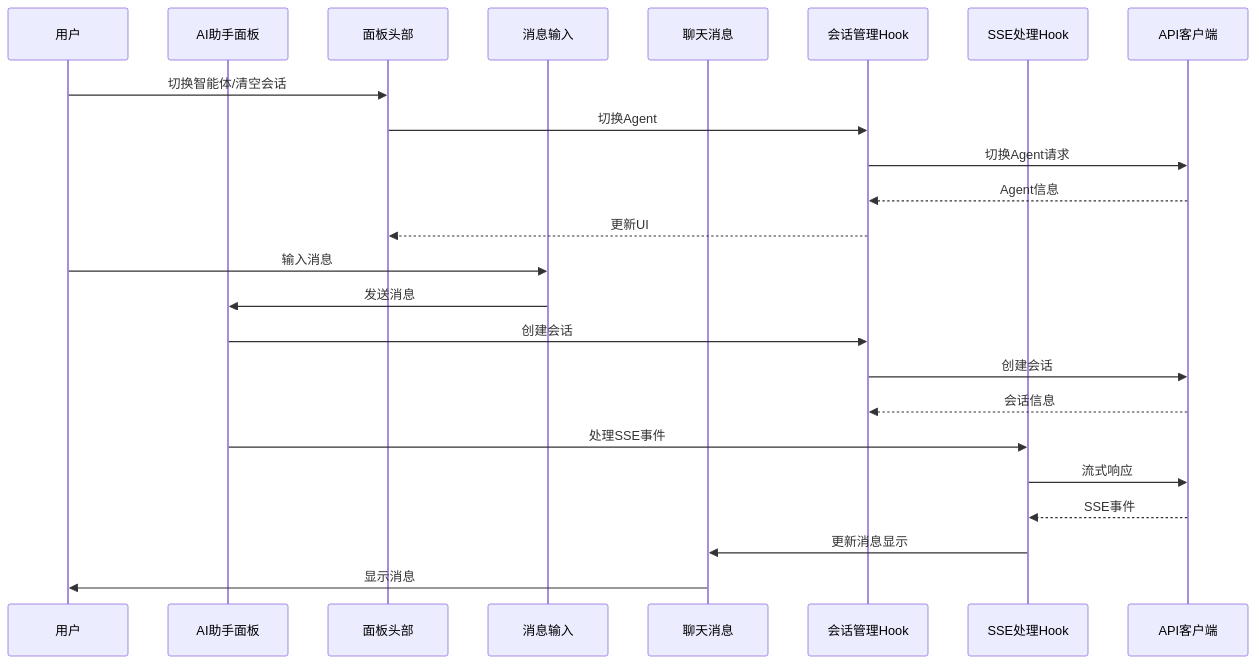
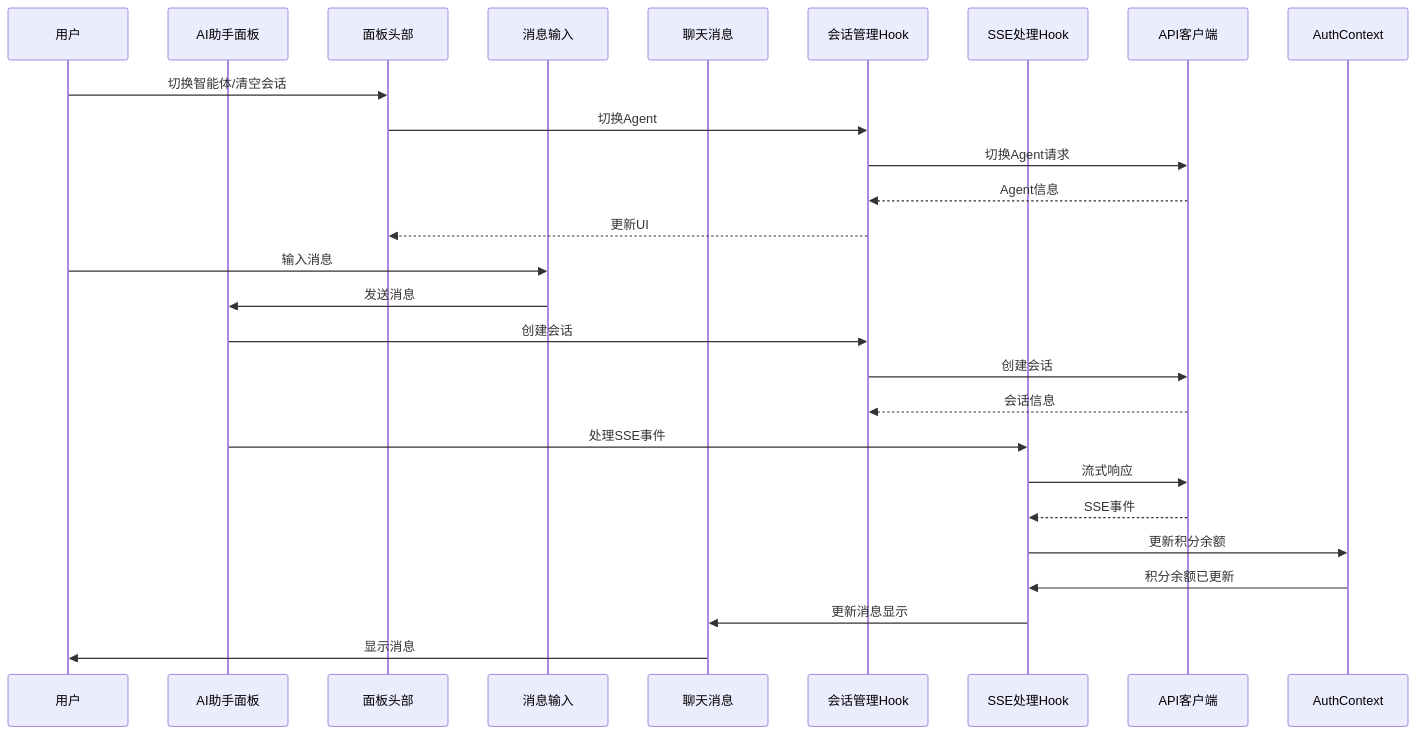
One commit to KunLabAI/KunFlix changed the fourth of 18 diagrams in .qoder/repowiki/zh/content/前端开发指南/AI助手面板增强.md. Above: the diagram before and after it, drawn with Mermaid. The commit also changed other lines of this file and 27 other files, not shown here.

````diff
--- a/.qoder/repowiki/zh/content/前端开发指南/AI助手面板增强.md
+++ b/.qoder/repowiki/zh/content/前端开发指南/AI助手面板增强.md
@@ -223,26 +236,28 @@
 ```mermaid
 sequenceDiagram
 participant User as 用户
 participant AIAssistantPanel as AI助手面板
 participant PanelHeader as 面板头部
 participant MessageInput as 消息输入
 participant ChatMessage as 聊天消息
 participant useSessionManager as 会话管理Hook
 participant useSSEHandler as SSE处理Hook
 participant API as API客户端
 User->>PanelHeader : 切换智能体/清空会话
 PanelHeader->>useSessionManager : 切换Agent
 useSessionManager->>API : 切换Agent请求
 API-->>useSessionManager : Agent信息
 useSessionManager-->>PanelHeader : 更新UI
 User->>MessageInput : 输入消息
 MessageInput->>AIAssistantPanel : 发送消息
 AIAssistantPanel->>useSessionManager : 创建会话
 useSessionManager->>API : 创建会话
 API-->>useSessionManager : 会话信息
 AIAssistantPanel->>useSSEHandler : 处理SSE事件
 useSSEHandler->>API : 流式响应
 API-->>useSSEHandler : SSE事件
+useSSEHandler->>AuthContext : 更新积分余额
+AuthContext->>useSSEHandler : 积分余额已更新
 useSSEHandler->>ChatMessage : 更新消息显示
 ChatMessage->>User : 显示消息
 ```
````
